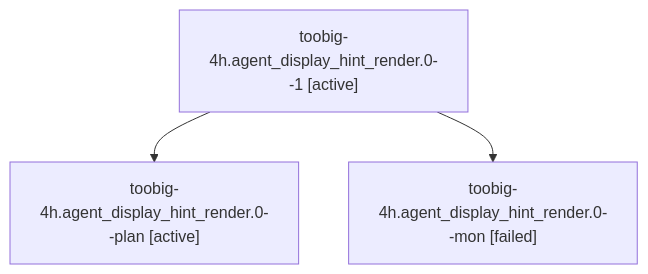
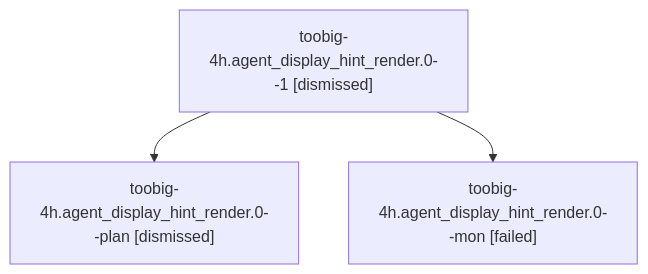
The diagram in sessions/bbugyi200.athena.toobig-4h.agent_display_hint_render.0.md (sase-org/sase--agents), drawn with Mermaid before and after one commit. The commit also changed other lines of this file and 73 other files, not shown here.

````diff
--- a/sessions/bbugyi200.athena.toobig-4h.agent_display_hint_render.0.md
+++ b/sessions/bbugyi200.athena.toobig-4h.agent_display_hint_render.0.md
@@ -9,8 +9,8 @@
 ```mermaid
 flowchart TD
-  n0["toobig-4h.agent_display_hint_render.0--1 [active]"]
-  n1["toobig-4h.agent_display_hint_render.0--plan [active]"]
+  n0["toobig-4h.agent_display_hint_render.0--1 [dismissed]"]
+  n1["toobig-4h.agent_display_hint_render.0--plan [dismissed]"]
   n0 --> n1
   n2["toobig-4h.agent_display_hint_render.0--mon [failed]"]
   n0 --> n2
 ```
````
